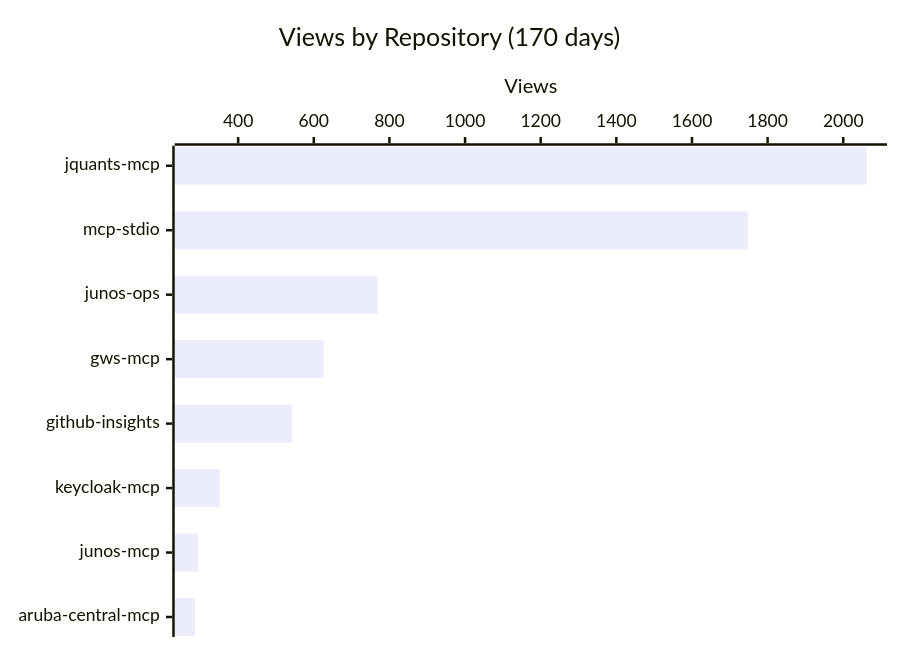
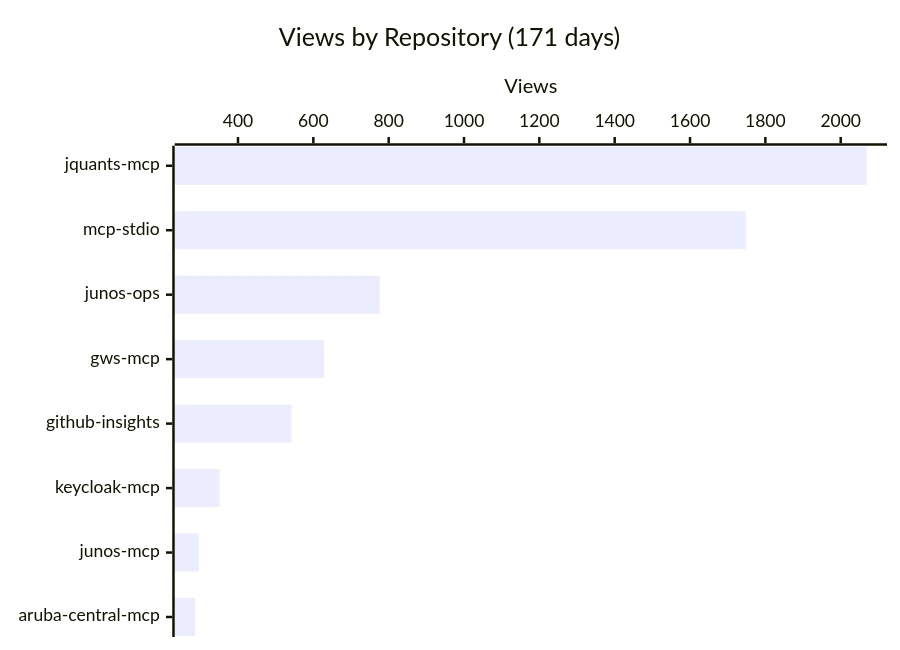
One commit to shigechika/github-insights changed the first of 4 diagrams in README.md. Above: the diagram before and after it, drawn with Mermaid. The commit also changed other lines of this file and 2 other files, not shown here.

````diff
--- a/README.md
+++ b/README.md
@@ -18,7 +18,7 @@
 ```mermaid
 xychart-beta horizontal
-    title "Views by Repository (170 days)"
+    title "Views by Repository (171 days)"
     x-axis ["jquants-mcp", "mcp-stdio", "junos-ops", "gws-mcp", "github-insights", "keycloak-mcp", "junos-mcp", "aruba-central-mcp"]
     y-axis "Views"
-    bar [2062, 1748, 769, 626, 542, 351, 294, 286]
+    bar [2069, 1748, 776, 628, 542, 351, 296, 286]
 ```
````
